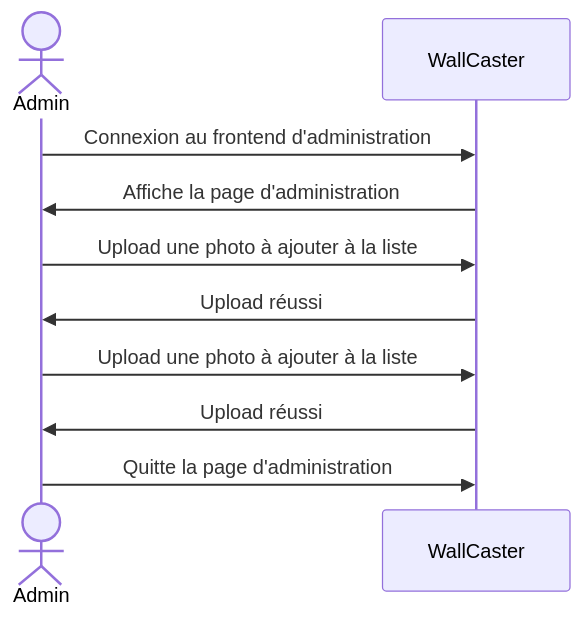
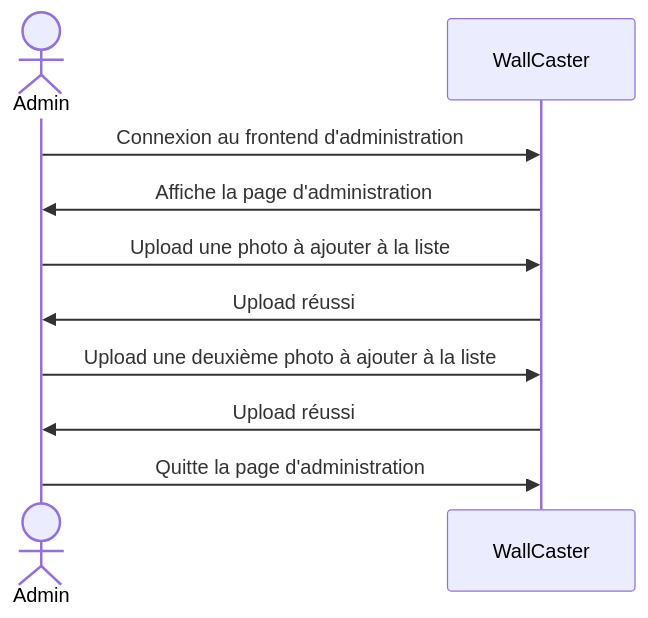
Before and after one commit to WallCaster/WallCaster: the first of 16 diagrams in doc/analisis-report.md, drawn with Mermaid.

Commit message:
feat: manage photos

````diff
--- a/doc/analisis-report.md
+++ b/doc/analisis-report.md
@@ -65,12 +65,12 @@
 ```mermaid
 sequenceDiagram
   actor Admin 
   participant S as WallCaster
   Admin ->> S : Connexion au frontend d'administration
   S ->> Admin : Affiche la page d'administration
   Admin ->> S : Upload une photo à ajouter à la liste
   S ->> Admin : Upload réussi
-  Admin ->> S : Upload une photo à ajouter à la liste
+  Admin ->> S : Upload une deuxième photo à ajouter à la liste
   S ->> Admin : Upload réussi
   Admin ->> S : Quitte la page d'administration
 ```
````
